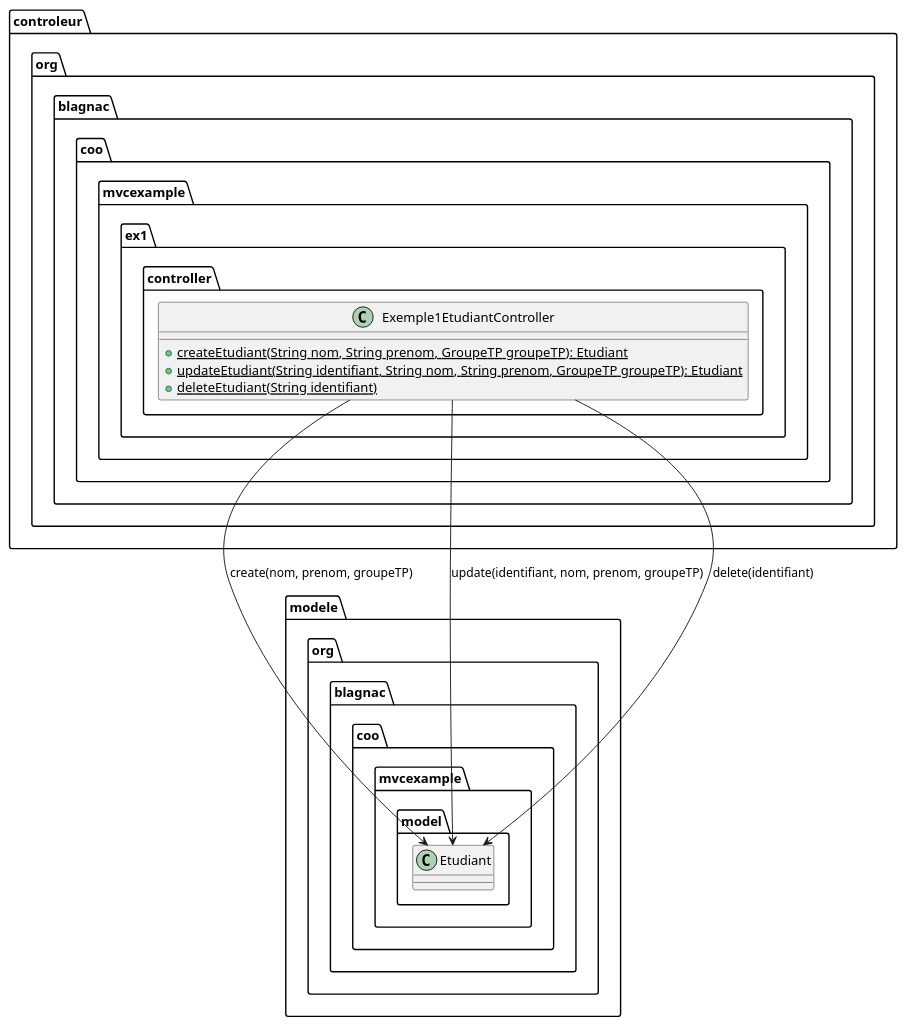
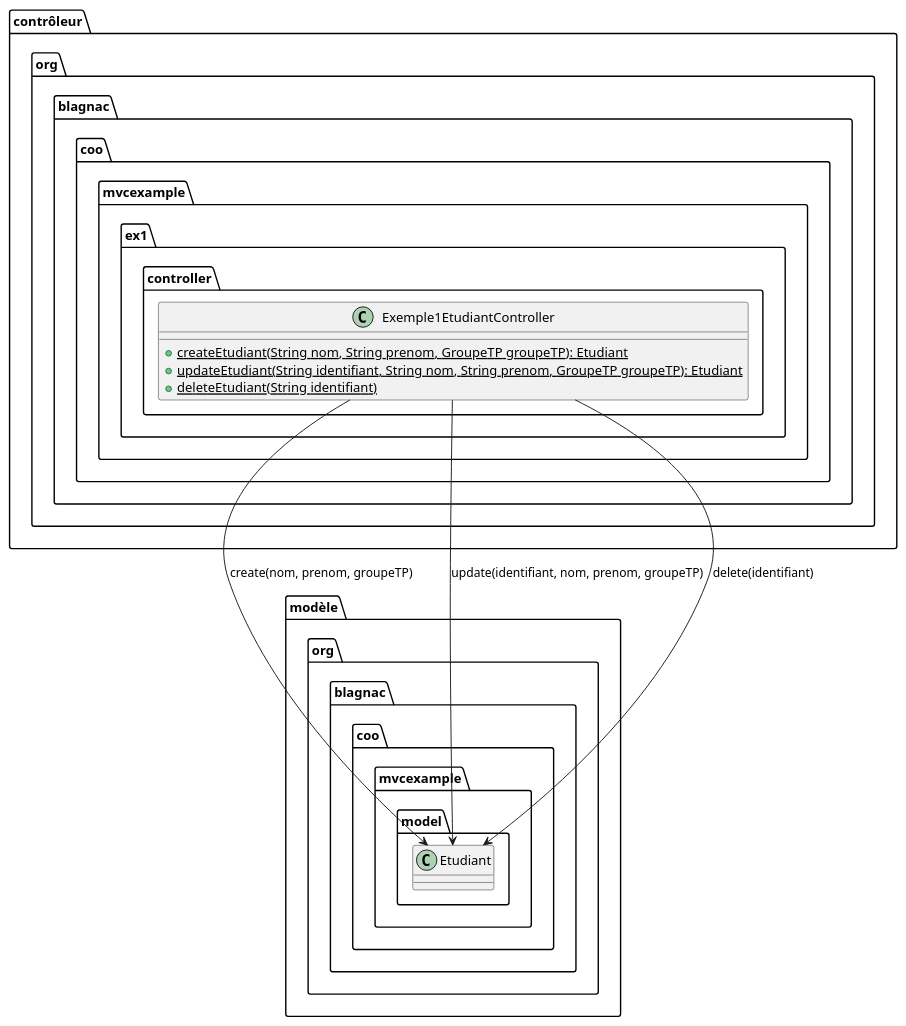
The fourth of 5 diagrams in src/main/doc/exemple1.adoc (tgoubin/mvc-example), drawn with PlantUML before and after one commit. The commit also changed other lines of this file and 1 other file, not shown here.

```diff
--- a/src/main/doc/exemple1.adoc
+++ b/src/main/doc/exemple1.adoc
@@ -256,26 +256,26 @@
 [plantuml, "ex1-controleur", png]  
 ----
 @startuml
 
-folder controleur {
+folder contrôleur {
 	package org.blagnac.coo.mvcexample.ex1.controller {
 		class Exemple1EtudiantController {
 			+ {static} createEtudiant(String nom, String prenom, GroupeTP groupeTP): Etudiant
 			+ {static} updateEtudiant(String identifiant, String nom, String prenom, GroupeTP groupeTP): Etudiant
 			+ {static} deleteEtudiant(String identifiant)
 		}
 	}
 }
 
-folder modele {
+folder modèle {
 	package org.blagnac.coo.mvcexample.model {
 	    class Etudiant
 	}
 }
 
 Exemple1EtudiantController --> Etudiant: create(nom, prenom, groupeTP)
 Exemple1EtudiantController --> Etudiant: update(identifiant, nom, prenom, groupeTP)
 Exemple1EtudiantController --> Etudiant: delete(identifiant)
 
 @enduml
 ----
```
